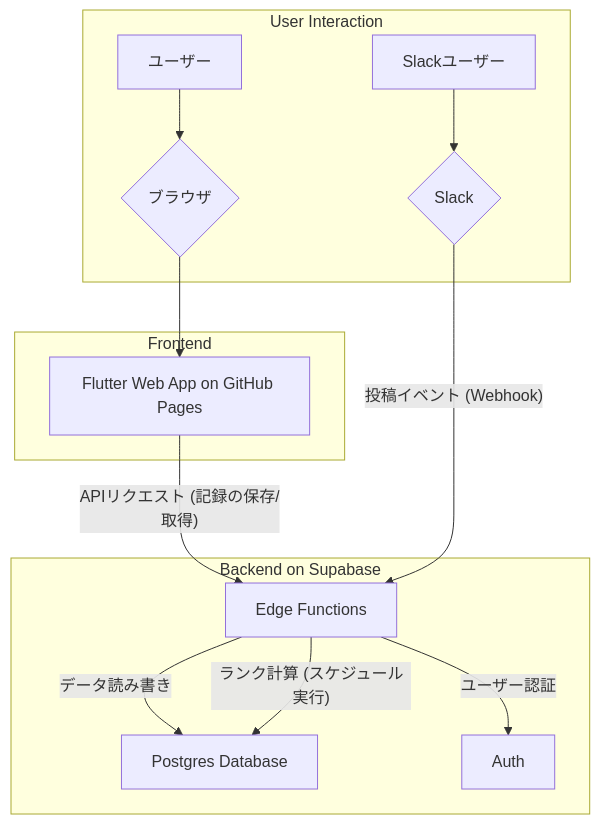
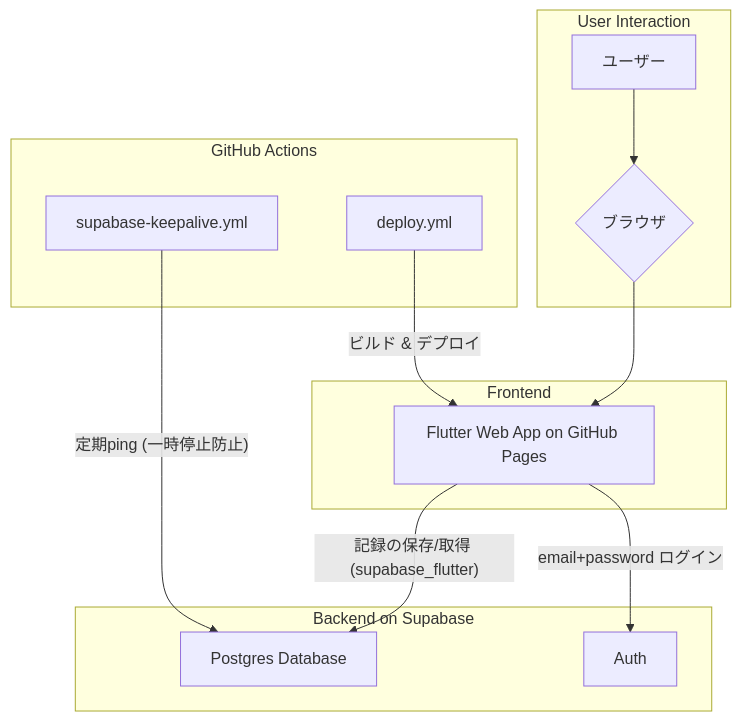
One commit to masaka88/training-app changed the diagram in docs/architecture.md. Above: the diagram before and after it, drawn with Mermaid. The commit also changed other lines of this file, not shown here.

First line of the commit message:
docs: architecture.mdを実装済み構成と将来構想の2部構成に再編

````diff
--- a/docs/architecture.md
+++ b/docs/architecture.md
@@ -17,23 +15,26 @@
 ```mermaid
 graph TD
     subgraph User Interaction
         A[ユーザー] --> B{ブラウザ};
-        SL[Slackユーザー] --> C{Slack};
     end
 
     subgraph Frontend
         B --> D[Flutter Web App on GitHub Pages];
     end
 
     subgraph Backend on Supabase
-        E[Edge Functions];
         F[Postgres Database];
         G[Auth];
     end
 
-    D -- "APIリクエスト (記録の保存/取得)" --> E;
-    C -- "投稿イベント (Webhook)" --> E;
-    E -- "データ読み書き" --> F;
-    E -- "ユーザー認証" --> G;
-    E -- "ランク計算 (スケジュール実行)" --> F;
+    D -- "記録の保存/取得 (supabase_flutter)" --> F;
+    D -- "email+password ログイン" --> G;
+
+    subgraph GitHub Actions
+        H[deploy.yml];
+        I[supabase-keepalive.yml];
+    end
+
+    H -- "ビルド & デプロイ" --> D;
+    I -- "定期ping (一時停止防止)" --> F;
 ```
````
